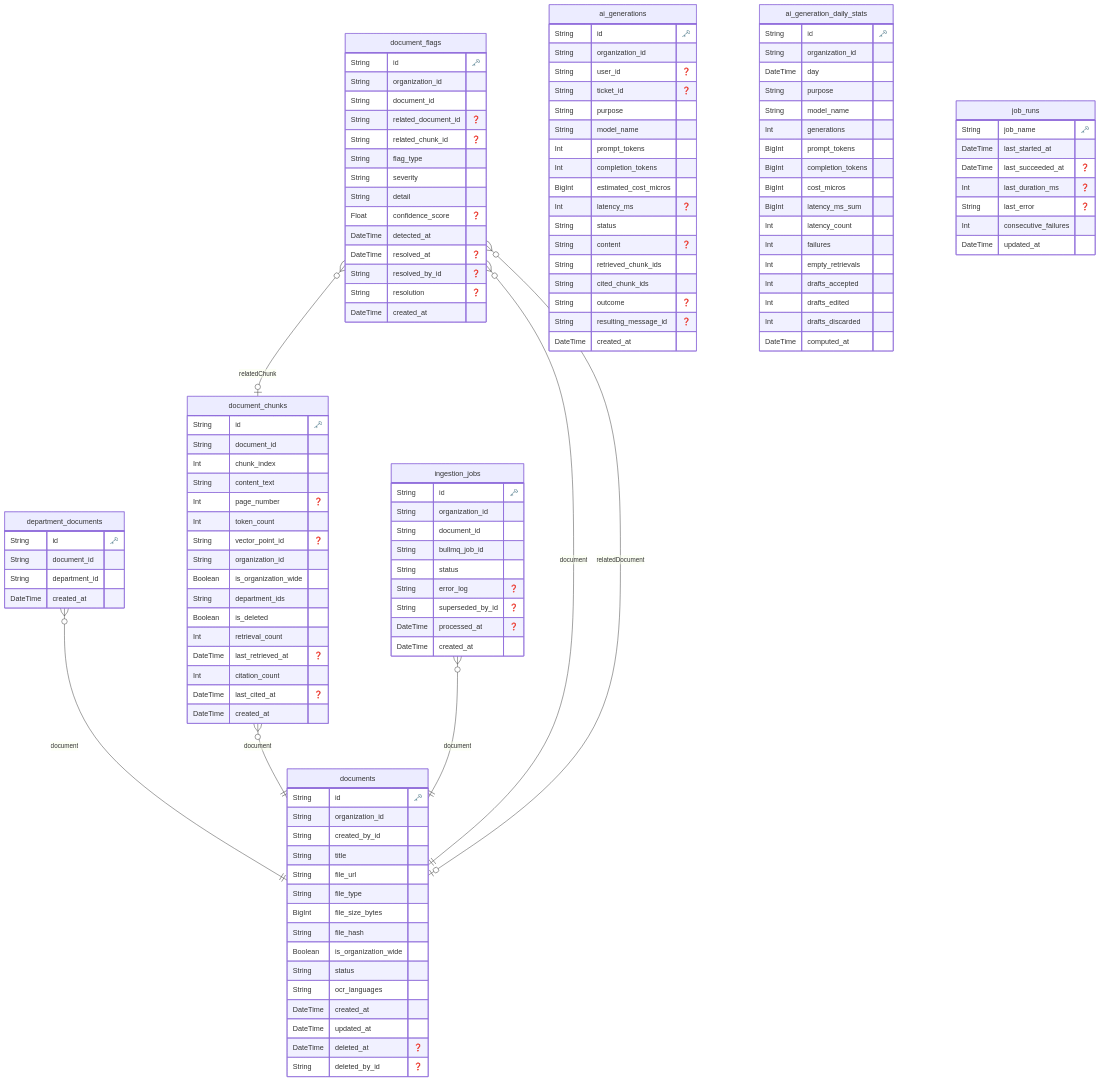
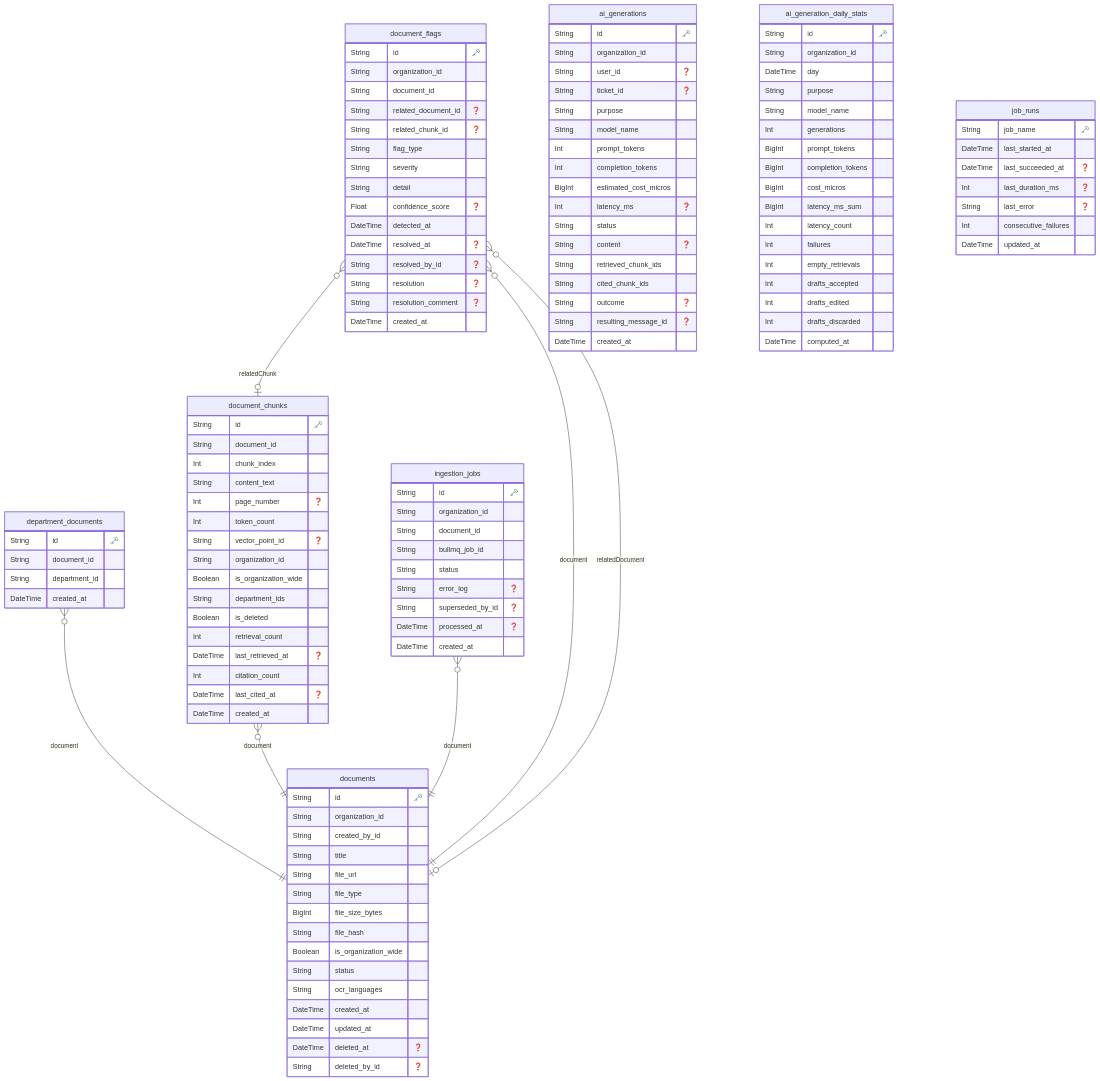
One commit to dungtq2k5/synapse-desk changed the diagram in docs/reference/erd/ingestion-service.md. Above: the diagram before and after it, drawn with Mermaid. The commit also changed 55 other files, not shown here.

```diff
--- a/docs/reference/erd/ingestion-service.md
+++ b/docs/reference/erd/ingestion-service.md
@@ -75,6 +75,7 @@
     DateTime resolved_at "❓"
     String resolved_by_id "❓"
     String resolution "❓"
+    String resolution_comment "❓"
     DateTime created_at 
     }
   
```
